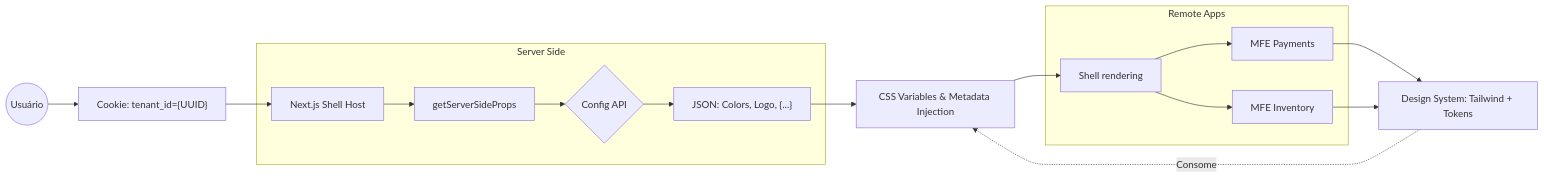
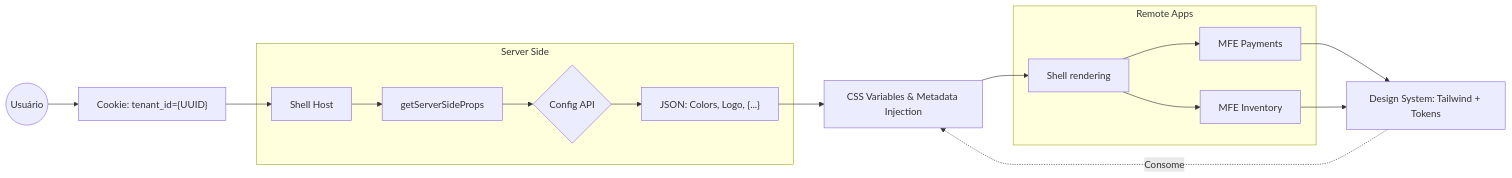
One commit to dmontone/mfe-monorepo changed the diagram in README.md. Above: the diagram before and after it, drawn with Mermaid. The commit also changed other lines of this file and 2 other files, not shown here.

````diff
--- a/README.md
+++ b/README.md
@@ -5,25 +5,25 @@
 ```mermaid
 flowchart LR
  subgraph SSR_Process["Server Side"]
         GetProps["getServerSideProps"]
-        Shell["Next.js Shell Host"]
+        Shell["Shell Host"]
         ConfigAPI{"Config API"}
         Theme["JSON: Colors, Logo, {...}"]
   end
  subgraph Microfrontends["Remote Apps"]
         MFE_Payments["MFE Payments"]
         Render["Shell rendering"]
         MFE_Inventory["MFE Inventory"]
   end
     User(("Usuário")) --> Cookie["Cookie: tenant_id={UUID}"]
     Cookie --> Shell
     Shell --> GetProps
     GetProps --> ConfigAPI
     ConfigAPI --> Theme
     Theme --> CSSInject["CSS Variables & Metadata Injection"]
     CSSInject --> Render
     Render --> MFE_Payments & MFE_Inventory
     MFE_Payments --> SharedDS["Design System: Tailwind + Tokens"]
     MFE_Inventory --> SharedDS
     SharedDS -. Consome .-> CSSInject
 ```
````
